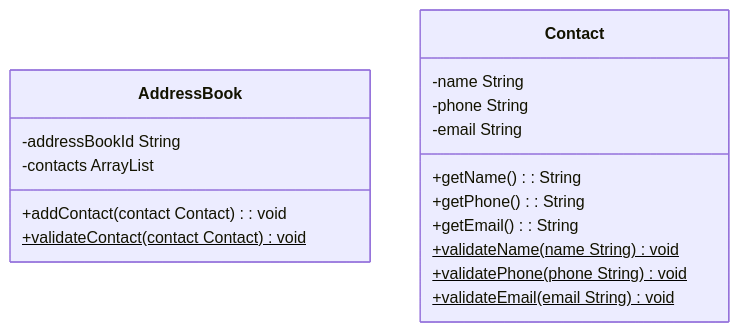
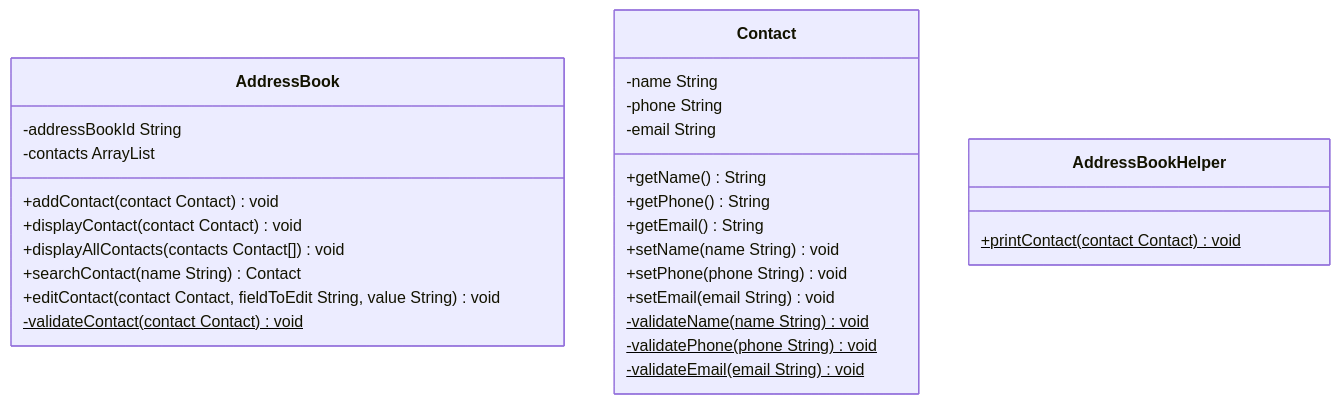
One commit to lokszechung/digital-futures-address-book-challenge changed the diagram in docs/domain-models-test-plan.md. Above: the diagram before and after it, drawn with Mermaid. The commit also changed other lines of this file and 4 other files, not shown here.

````diff
--- a/docs/domain-models-test-plan.md
+++ b/docs/domain-models-test-plan.md
@@ -54,20 +65,30 @@
 ```mermaid
 classDiagram
     class AddressBook {
         -addressBookId String
         -contacts ArrayList<Contact>
-        +addContact(contact Contact): void
-        +validateContact(contact Contact)$ void
+        +addContact(contact Contact) void
+        +displayContact(contact Contact) void
+        +displayAllContacts(contacts Contact[]) void
+        +searchContact(name String) Contact
+        +editContact(contact Contact, fieldToEdit String, value String) void
+        -validateContact(contact Contact)$ void
     }
     class Contact {
         -name String
         -phone String
         -email String
-        +getName(): String
-        +getPhone(): String
-        +getEmail(): String
-        +validateName(name String)$ void
-        +validatePhone(phone String)$ void
-        +validateEmail(email String)$ void
+        +getName() String
+        +getPhone() String
+        +getEmail() String
+        +setName(name String) void
+        +setPhone(phone String) void
+        +setEmail(email String) void
+        -validateName(name String)$ void
+        -validatePhone(phone String)$ void
+        -validateEmail(email String)$ void
+    }
+    class AddressBookHelper {
+        +printContact(contact Contact)$ void
     }
 ```
````
